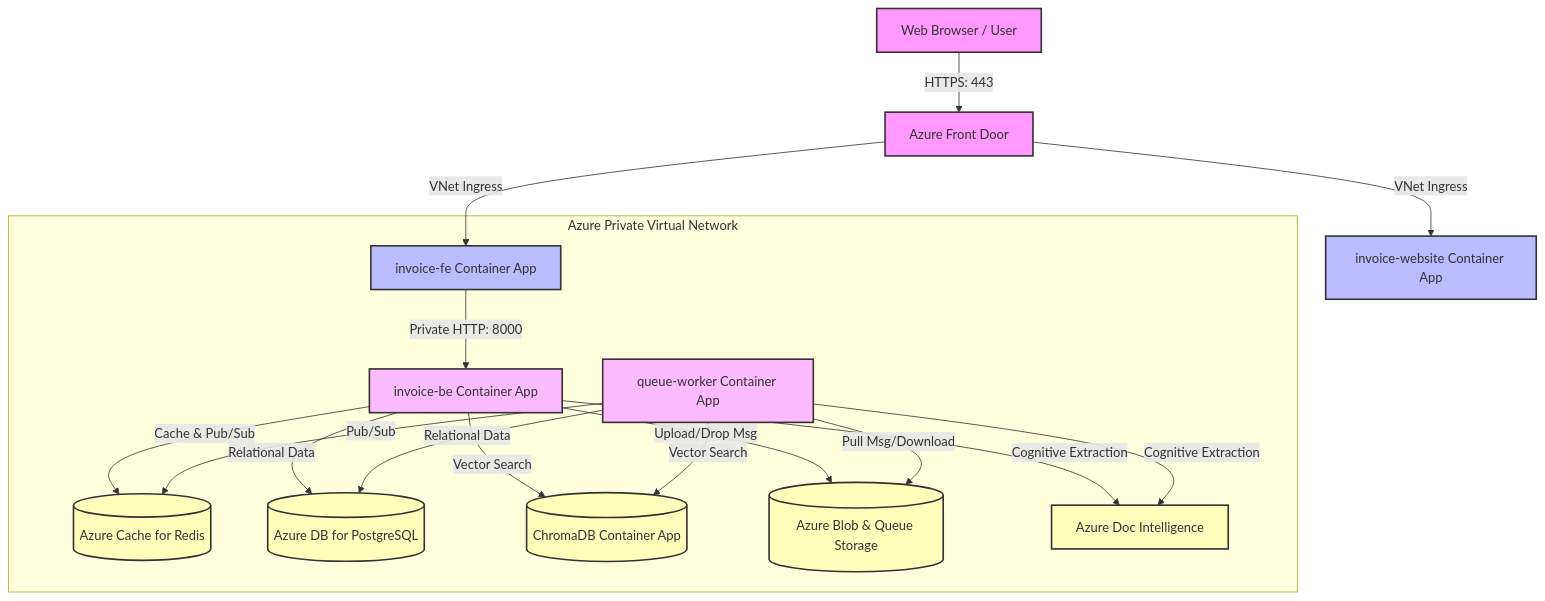
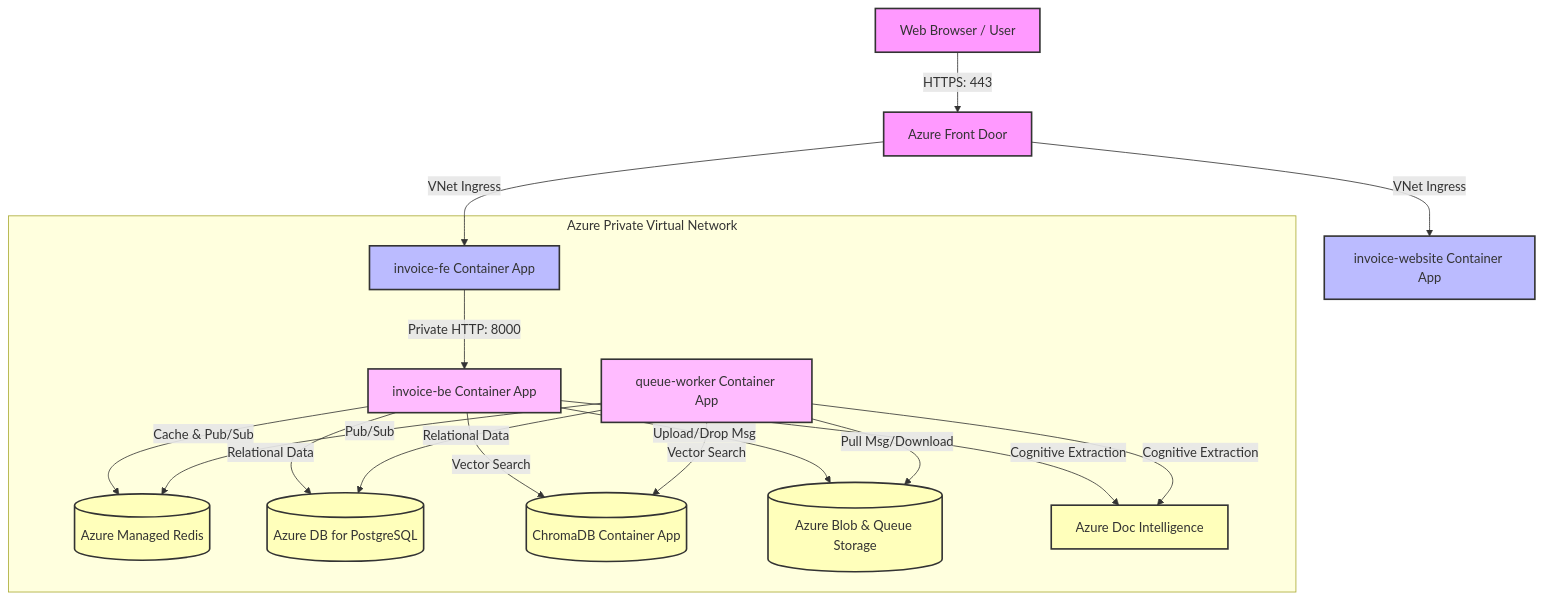
Before and after one commit to InvoiceLLM/invoiceeq-platform: the diagram in Prod_Invoice_LLM/docs/architecture/Cloud_Architecture_Document.md, drawn with Mermaid. The commit also changed other lines of this file and 66 other files, not shown here.

````diff
--- a/Prod_Invoice_LLM/docs/architecture/Cloud_Architecture_Document.md
+++ b/Prod_Invoice_LLM/docs/architecture/Cloud_Architecture_Document.md
@@ -518,35 +521,35 @@
 ```mermaid
 graph TD
     Client[Web Browser / User] -->|HTTPS: 443| FD[Azure Front Door]
     FD -->|VNet Ingress| FE[invoice-fe Container App]
     FD -->|VNet Ingress| WEB[invoice-website Container App]
     
     subgraph Private VNet [Azure Private Virtual Network]
         FE -->|Private HTTP: 8000| BE[invoice-be Container App]
         
-        BE -->|Cache & Pub/Sub| Redis[(Azure Cache for Redis)]
+        BE -->|Cache & Pub/Sub| Redis[(Azure Managed Redis)]
         Worker[queue-worker Container App] -->|Pub/Sub| Redis
         
         BE -->|Relational Data| Postgres[(Azure DB for PostgreSQL)]
         Worker -->|Relational Data| Postgres
         
         BE -->|Vector Search| Chroma[(ChromaDB Container App)]
         Worker -->|Vector Search| Chroma
         
         BE -->|Upload/Drop Msg| Storage[(Azure Blob & Queue Storage)]
         Worker -->|Pull Msg/Download| Storage
         
         BE -->|Cognitive Extraction| OCR[Azure Doc Intelligence]
         Worker -->|Cognitive Extraction| OCR
     end
 
     classDef external fill:#f9f,stroke:#333,stroke-width:2px;
     classDef publicApp fill:#bbf,stroke:#333,stroke-width:2px;
     classDef privateApp fill:#fbf,stroke:#333,stroke-width:2px;
     classDef data fill:#ffb,stroke:#333,stroke-width:2px;
     
     class Client,FD external;
     class FE,WEB publicApp;
     class BE,Worker privateApp;
     class Redis,Postgres,Chroma,Storage,OCR data;
 ```
````
